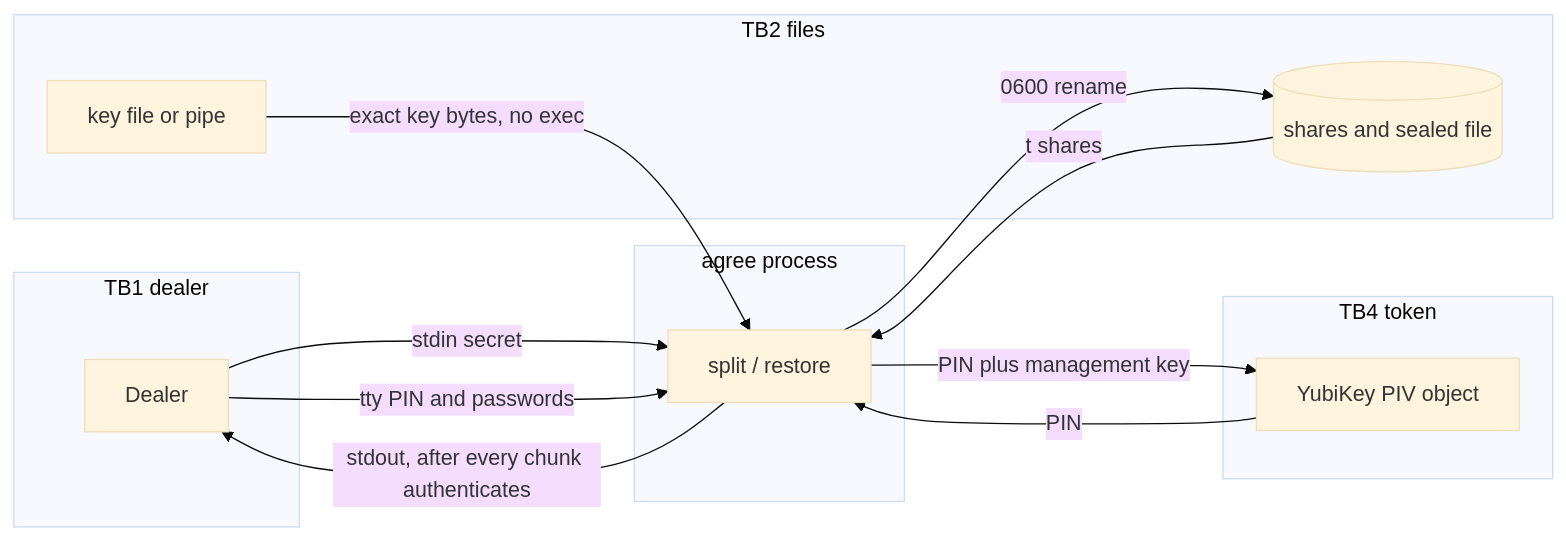
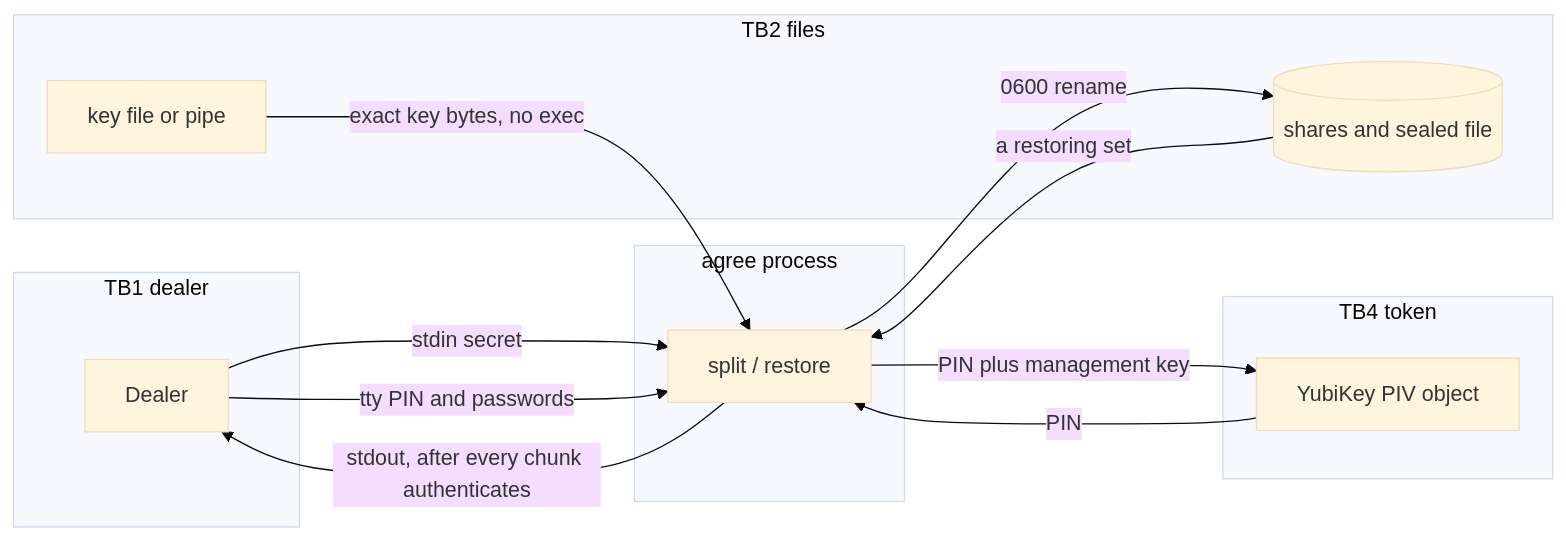
The diagram in THREAT_MODEL.md (nullbadger/agree), drawn with Mermaid (base theme) before and after one commit. The commit also changed other lines of this file and 21 other files, not shown here.

````diff
--- a/THREAT_MODEL.md
+++ b/THREAT_MODEL.md
@@ -129,24 +129,24 @@
 ```mermaid
 flowchart LR
   subgraph TB1["TB1 dealer"]
     D[Dealer]
   end
   subgraph Proc["agree process"]
     S[split / restore]
   end
   subgraph TB2["TB2 files"]
     F[(shares and sealed file)]
     K[key file or pipe]
   end
   subgraph TB4["TB4 token"]
     Y[YubiKey PIV object]
   end
   D -->|stdin secret| S
   D -->|tty PIN and passwords| S
   K -->|exact key bytes, no exec| S
   S -->|0600 rename| F
   S -->|PIN plus management key| Y
-  F -->|t shares| S
+  F -->|a restoring set| S
   Y -->|PIN| S
   S -->|stdout, after every chunk authenticates| D
 ```
````
